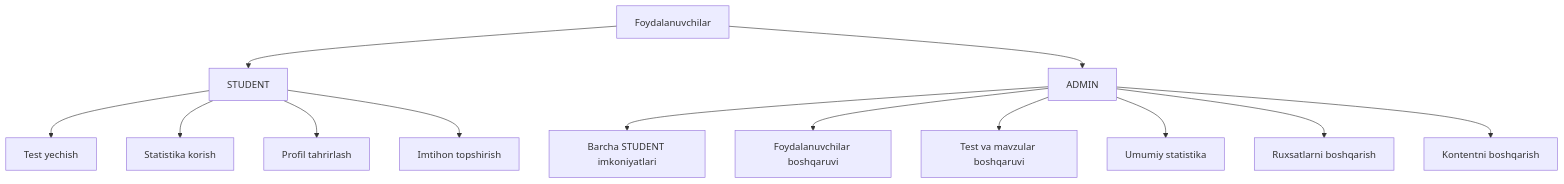
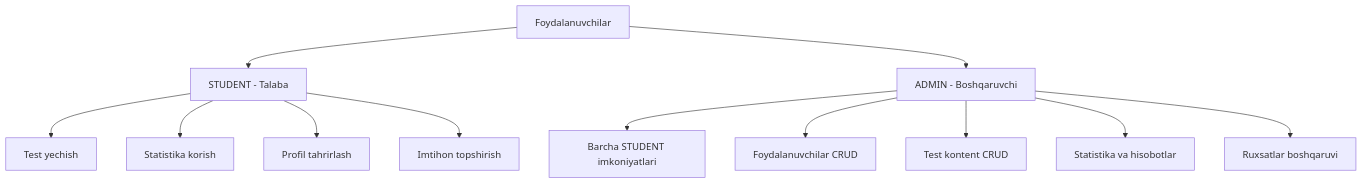
One commit to khismoiloff/BrpAvtoTest changed the first of 16 diagrams in README.md. Above: the diagram before and after it, drawn with Mermaid. The commit also changed other lines of this file, not shown here.

````diff
--- a/README.md
+++ b/README.md
@@ -86,18 +119,17 @@
 ```mermaid
 %%{init: {'theme': 'default'}}%%
 graph TD
-    A[Foydalanuvchilar] --> B[STUDENT]
-    A --> C[ADMIN]
-    
+    A[Foydalanuvchilar] --> B[STUDENT - Talaba]
+    A --> C[ADMIN - Boshqaruvchi]
+
     B --> B1[Test yechish]
     B --> B2[Statistika korish]
     B --> B3[Profil tahrirlash]
     B --> B4[Imtihon topshirish]
-    
+
     C --> C1[Barcha STUDENT imkoniyatlari]
-    C --> C2[Foydalanuvchilar boshqaruvi]
-    C --> C3[Test va mavzular boshqaruvi]
-    C --> C4[Umumiy statistika]
-    C --> C5[Ruxsatlarni boshqarish]
-    C --> C6[Kontentni boshqarish]
+    C --> C2[Foydalanuvchilar CRUD]
+    C --> C3[Test kontent CRUD]
+    C --> C4[Statistika va hisobotlar]
+    C --> C5[Ruxsatlar boshqaruvi]
 ```
````
